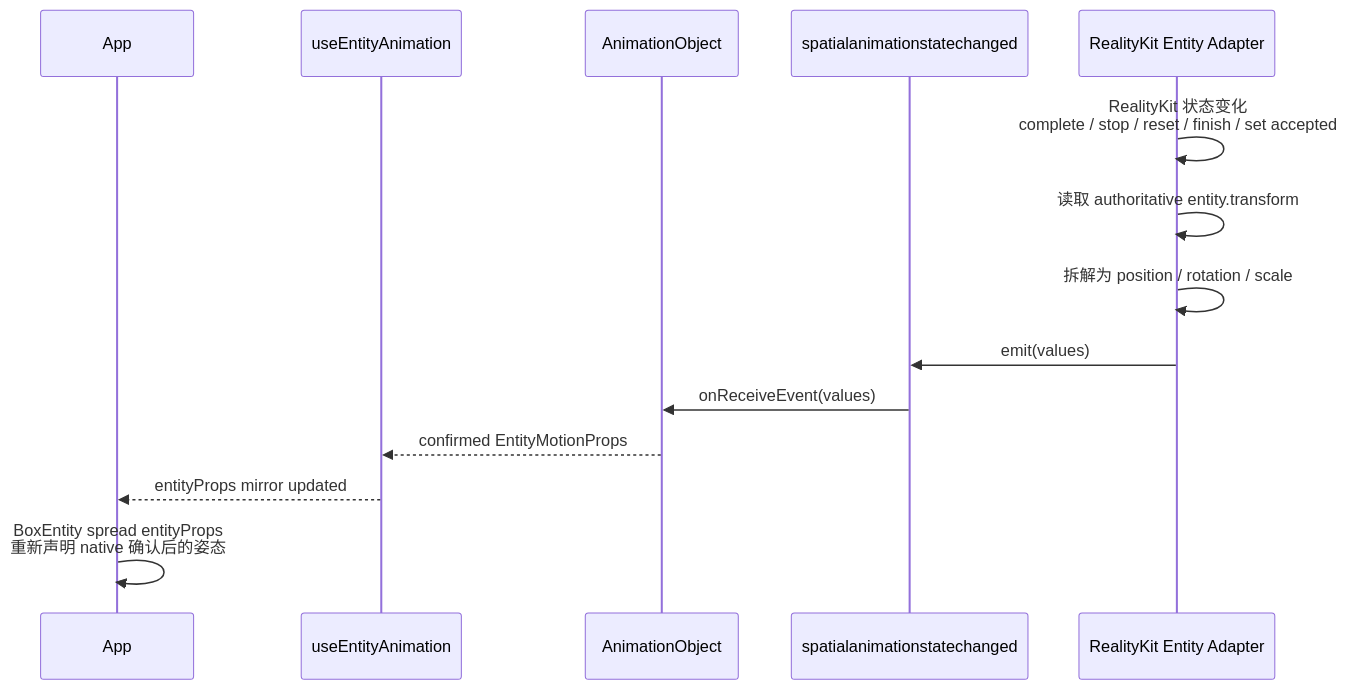
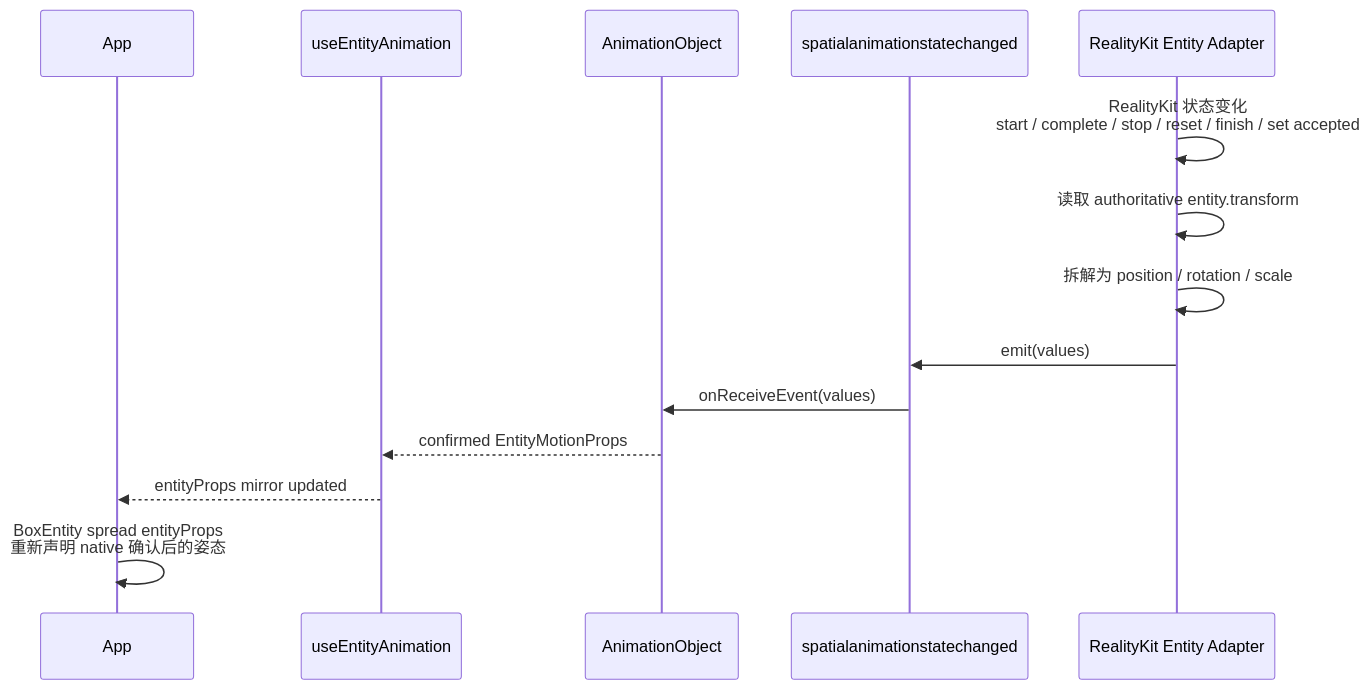
One commit to webspatial/webspatial-sdk changed the third of 6 diagrams in openspec/changes/redesign-entity-motion-api/design.zh.md. Above: the diagram before and after it, drawn with Mermaid. The commit also changed 7 other files, not shown here.

````diff
--- a/openspec/changes/redesign-entity-motion-api/design.zh.md
+++ b/openspec/changes/redesign-entity-motion-api/design.zh.md
@@ -239,17 +239,17 @@
 ```mermaid
 sequenceDiagram
     participant App
     participant Hook as useEntityAnimation
     participant Obj as AnimationObject
     participant Event as spatialanimationstatechanged
     participant Native as RealityKit Entity Adapter
 
-    Native->>Native: RealityKit 状态变化<br/>complete / stop / reset / finish / set accepted
+    Native->>Native: RealityKit 状态变化<br/>start / complete / stop / reset / finish / set accepted
     Native->>Native: 读取 authoritative entity.transform
     Native->>Native: 拆解为 position / rotation / scale
     Native->>Event: emit(values)
     Event->>Obj: onReceiveEvent(values)
     Obj-->>Hook: confirmed EntityMotionProps
     Hook-->>App: entityProps mirror updated
     App->>App: BoxEntity spread entityProps<br/>重新声明 native 确认后的姿态
 ```
````
